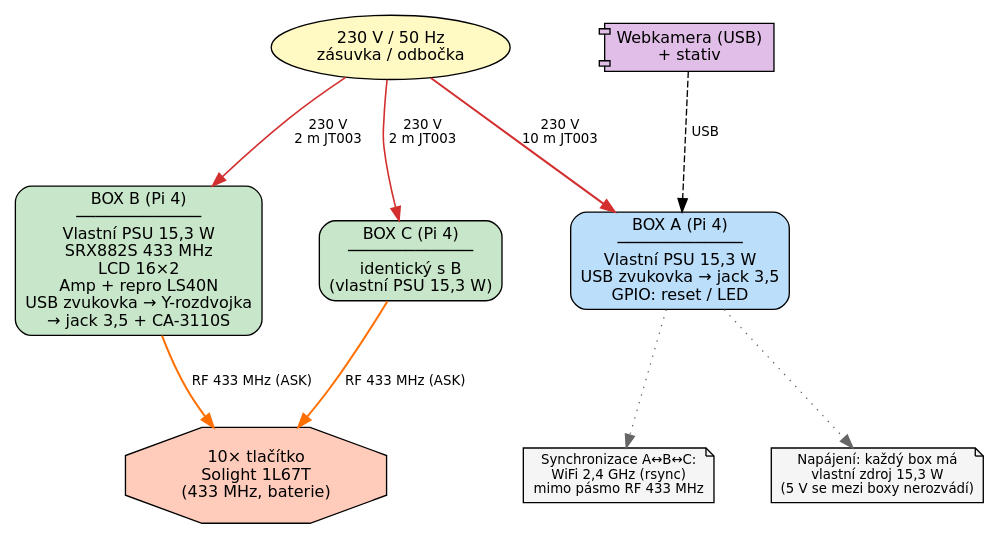
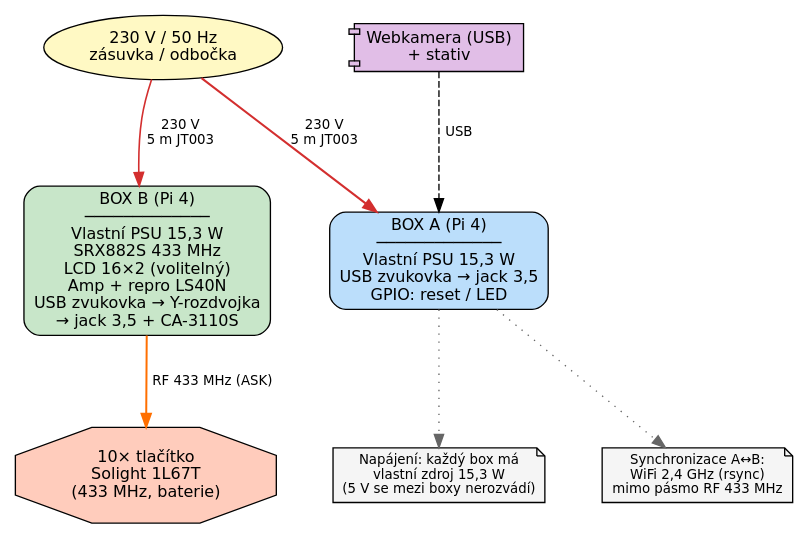
Before and after one commit to K0F/1938_ABC: the diagram in docs/dot/sch_01_system_block.dot, drawn with Graphviz. The commit also changed 22 other files, not shown here.

```diff
--- a/docs/dot/sch_01_system_block.dot
+++ b/docs/dot/sch_01_system_block.dot
@@ -1,32 +1,29 @@
 // SCH §1 — Blokové schéma systému
 digraph G {
     graph [fontname="DejaVu Sans" rankdir=TB bgcolor="white" nodesep=0.6 ranksep=0.8];
 node [fontname="DejaVu Sans" fontsize=12 style="filled"];
 edge [fontname="DejaVu Sans" fontsize=10];
 
 // 230V source
 net230v [label="230 V / 50 Hz\nzásuvka / odbočka" shape=oval fillcolor="#fff9c4"];
 
 // Boxes
 boxA [label="BOX A (Pi 4)\n─────────────\nVlastní PSU 15,3 W\nUSB zvukovka → jack 3,5\nGPIO: reset / LED" shape=box style="filled,rounded" fillcolor="#bbdefb"];
-boxB [label="BOX B (Pi 4)\n─────────────\nVlastní PSU 15,3 W\nSRX882S 433 MHz\nLCD 16×2\nAmp + repro LS40N\nUSB zvukovka → Y-rozdvojka\n→ jack 3,5 + CA-3110S" shape=box style="filled,rounded" fillcolor="#c8e6c9"];
-boxC [label="BOX C (Pi 4)\n─────────────\nidentický s B\n(vlastní PSU 15,3 W)" shape=box style="filled,rounded" fillcolor="#c8e6c9"];
+boxB [label="BOX B (Pi 4)\n─────────────\nVlastní PSU 15,3 W\nSRX882S 433 MHz\nLCD 16×2 (volitelný)\nAmp + repro LS40N\nUSB zvukovka → Y-rozdvojka\n→ jack 3,5 + CA-3110S" shape=box style="filled,rounded" fillcolor="#c8e6c9"];
 
 // Peripherals
 webkamera [label="Webkamera (USB)\n+ stativ" shape=component fillcolor="#e1bee7"];
 tlačítka [label="10× tlačítko\nSolight 1L67T\n(433 MHz, baterie)" shape=octagon fillcolor="#ffccbc"];
 
 // Edges — každý box jde do zásuvky 230 V samostatně (paralelně)
-net230v -> boxA [label="  230 V  \n  10 m JT003  " color="#d32f2f" penwidth=1.5];
-net230v -> boxB [label="  230 V  \n  2 m JT003  " color="#d32f2f" penwidth=1.2];
-net230v -> boxC [label="  230 V  \n  2 m JT003  " color="#d32f2f" penwidth=1.2];
+net230v -> boxA [label="  230 V  \n  5 m JT003  " color="#d32f2f" penwidth=1.5];
+net230v -> boxB [label="  230 V  \n  5 m JT003  " color="#d32f2f" penwidth=1.2];
 webkamera -> boxA [label="  USB  " style=dashed];
 boxB -> tlačítka [label="  RF 433 MHz (ASK)  " color="#ff6f00" penwidth=1.5 style=bold];
-boxC -> tlačítka [label="  RF 433 MHz (ASK)  " color="#ff6f00" penwidth=1.5 style=bold];
 
 // Notes
-sync [label="Synchronizace A↔B↔C:\nWiFi 2,4 GHz (rsync)\nmimo pásmo RF 433 MHz" shape=note fillcolor="#f5f5f5" fontsize=10];
+sync [label="Synchronizace A↔B:\nWiFi 2,4 GHz (rsync)\nmimo pásmo RF 433 MHz" shape=note fillcolor="#f5f5f5" fontsize=10];
 boxA -> sync [style=dotted color="#666666"];
 napajeni [label="Napájení: každý box má\nvlastní zdroj 15,3 W\n(5 V se mezi boxy nerozvádí)" shape=note fillcolor="#f5f5f5" fontsize=10];
 boxA -> napajeni [style=dotted color="#666666"];
 }
```
